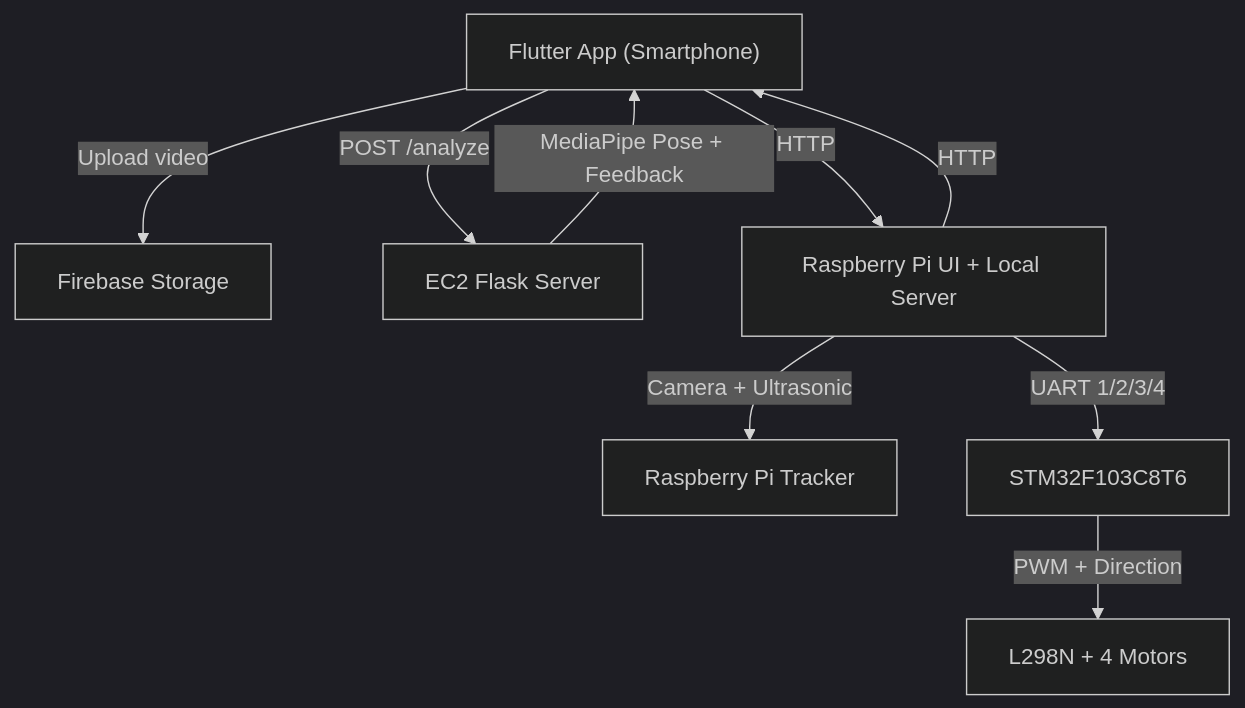
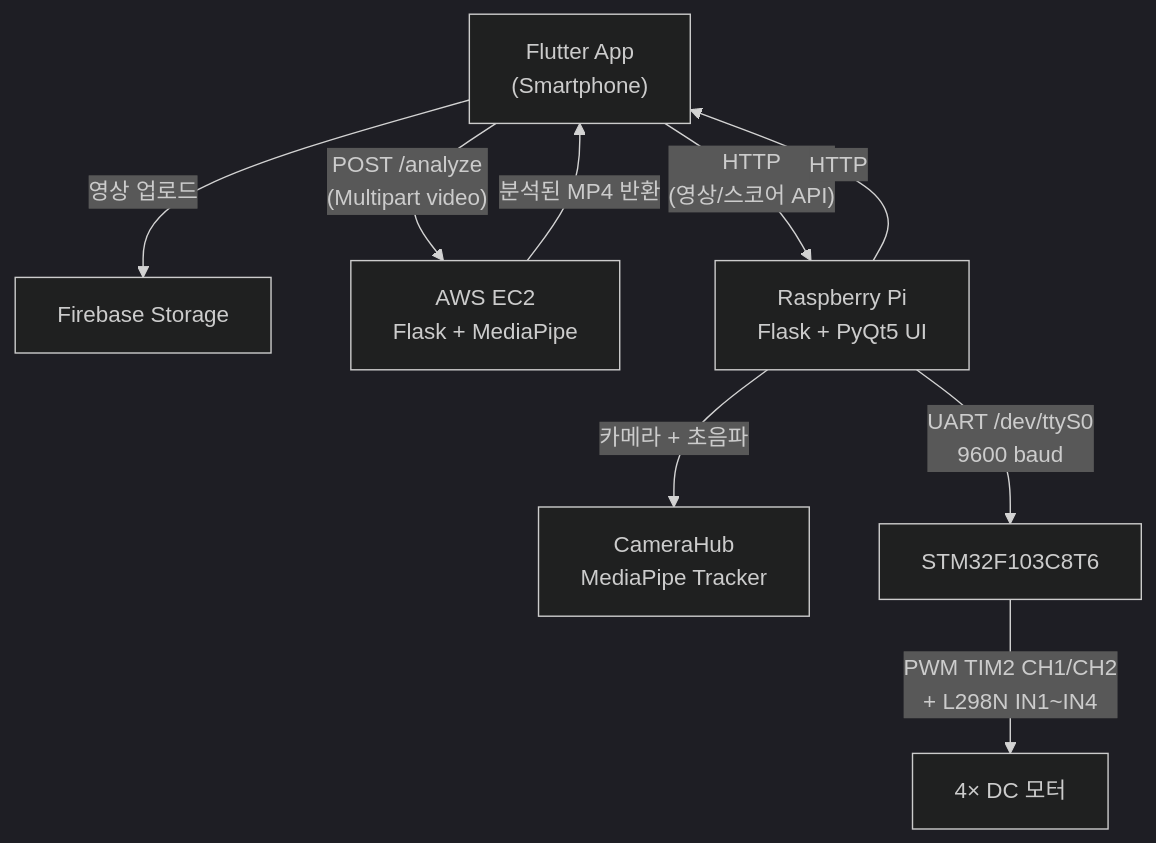
Before and after one commit to hinoonyaso/coolro: the diagram in README.md, drawn with Mermaid (dark theme). The commit also changed other lines of this file and 10 other files, not shown here.

````diff
--- a/README.md
+++ b/README.md
@@ -13,12 +29,12 @@
 ```mermaid
 graph TD
-  A["Flutter App (Smartphone)"] -->|Upload video| B["Firebase Storage"]
-  A -->|POST /analyze| C["EC2 Flask Server"]
-  C -->|MediaPipe Pose + Feedback| A
+  A["Flutter App<br/>(Smartphone)"] -->|"영상 업로드"| B["Firebase Storage"]
+  A -->|"POST /analyze<br/>(Multipart video)"| C["AWS EC2<br/>Flask + MediaPipe"]
+  C -->|"분석된 MP4 반환"| A
 
-  A -->|HTTP| D["Raspberry Pi UI + Local Server"]
-  D -->|HTTP| A
-  D -->|Camera + Ultrasonic| G["Raspberry Pi Tracker"]
-  D -->|UART 1/2/3/4| E["STM32F103C8T6"]
-  E -->|PWM + Direction| F["L298N + 4 Motors"]
+  A -->|"HTTP<br/>(영상/스코어 API)"| D["Raspberry Pi<br/>Flask + PyQt5 UI"]
+  D -->|"HTTP"| A
+  D -->|"카메라 + 초음파"| G["CameraHub<br/>MediaPipe Tracker"]
+  D -->|"UART /dev/ttyS0<br/>9600 baud"| E["STM32F103C8T6"]
+  E -->|"PWM TIM2 CH1/CH2<br/>+ L298N IN1~IN4"| F["4× DC 모터"]
 ```
````
